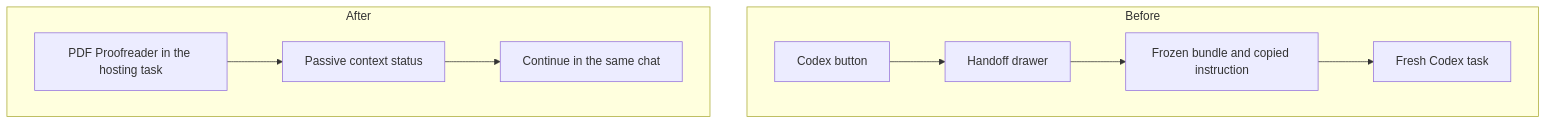
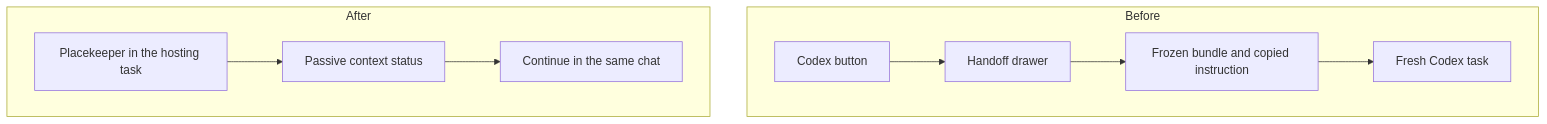
One commit to brad-ross/placekeeper changed the second of 7 diagrams in docs/plans/2026-08-12-001-feat-live-pdf-codex-context-plan.md. Above: the diagram before and after it, drawn with Mermaid. The commit also changed other lines of this file and 107 other files, not shown here.

````diff
--- a/docs/plans/2026-08-12-001-feat-live-pdf-codex-context-plan.md
+++ b/docs/plans/2026-08-12-001-feat-live-pdf-codex-context-plan.md
@@ -127,12 +127,12 @@
 ```mermaid
 flowchart TB
   subgraph Before["Before"]
     Button["Codex button"] --> Drawer["Handoff drawer"]
     Drawer --> Bundle["Frozen bundle and copied instruction"]
     Bundle --> Fresh["Fresh Codex task"]
   end
   subgraph After["After"]
-    Browser["PDF Proofreader in the hosting task"] --> Passive["Passive context status"]
+    Browser["Placekeeper in the hosting task"] --> Passive["Passive context status"]
     Passive --> Chat["Continue in the same chat"]
   end
 ```
````
